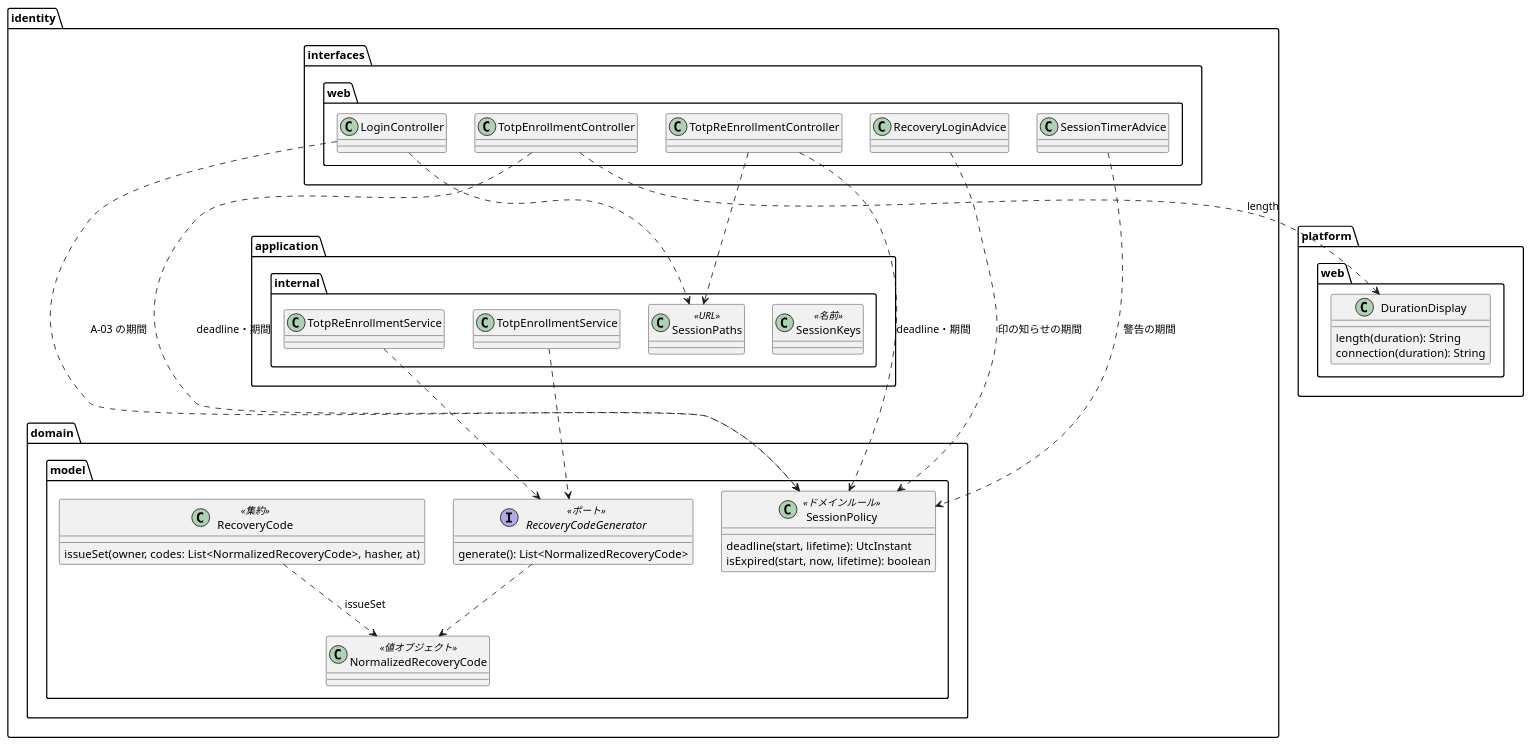
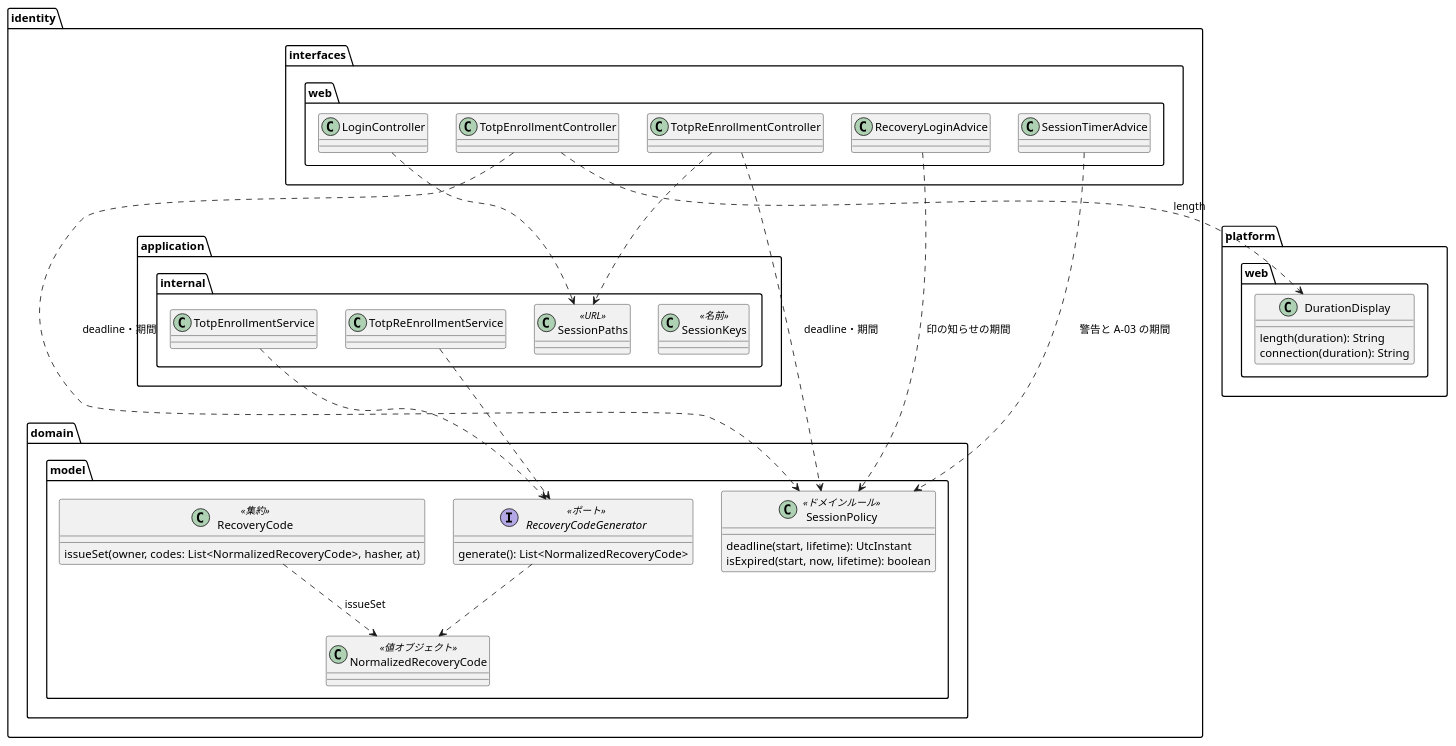
One commit to k2works/practical-domain-driven-design-in-enterpris-application changed the diagram in docs/development/cargo-tracker/bolt_33f_plan.md. Above: the diagram before and after it, drawn with PlantUML. The commit also changed other lines of this file and 3 other files, not shown here.

````diff
--- a/docs/development/cargo-tracker/bolt_33f_plan.md
+++ b/docs/development/cargo-tracker/bolt_33f_plan.md
@@ -65,50 +65,49 @@
 ```plantuml
 @startuml
 package "identity" {
   package "domain.model" {
     class SessionPolicy <<ドメインルール>> {
       deadline(start, lifetime): UtcInstant
       isExpired(start, now, lifetime): boolean
     }
     interface RecoveryCodeGenerator <<ポート>> {
       generate(): List<NormalizedRecoveryCode>
     }
     class RecoveryCode <<集約>> {
       issueSet(owner, codes: List<NormalizedRecoveryCode>, hasher, at)
     }
     class NormalizedRecoveryCode <<値オブジェクト>>
   }
   package "application.internal" {
     class SessionKeys <<名前>>
     class SessionPaths <<URL>>
     class TotpEnrollmentService
     class TotpReEnrollmentService
   }
   package "interfaces.web" {
     class LoginController
     class TotpEnrollmentController
     class TotpReEnrollmentController
     class RecoveryLoginAdvice
     class SessionTimerAdvice
   }
 }
 package "platform.web" {
   class DurationDisplay {
     length(duration): String
     connection(duration): String
   }
 }
 RecoveryCodeGenerator ..> NormalizedRecoveryCode
 RecoveryCode ..> NormalizedRecoveryCode : issueSet
 TotpEnrollmentService ..> RecoveryCodeGenerator
 TotpReEnrollmentService ..> RecoveryCodeGenerator
 TotpEnrollmentController ..> SessionPolicy : deadline・期間
 TotpReEnrollmentController ..> SessionPolicy : deadline・期間
-LoginController ..> SessionPolicy : A-03 の期間
 RecoveryLoginAdvice ..> SessionPolicy : 印の知らせの期間
-SessionTimerAdvice ..> SessionPolicy : 警告の期間
+SessionTimerAdvice ..> SessionPolicy : 警告と A-03 の期間
 TotpEnrollmentController ..> DurationDisplay : length
 TotpReEnrollmentController ..> SessionPaths
 LoginController ..> SessionPaths
 @enduml
 ```
````
